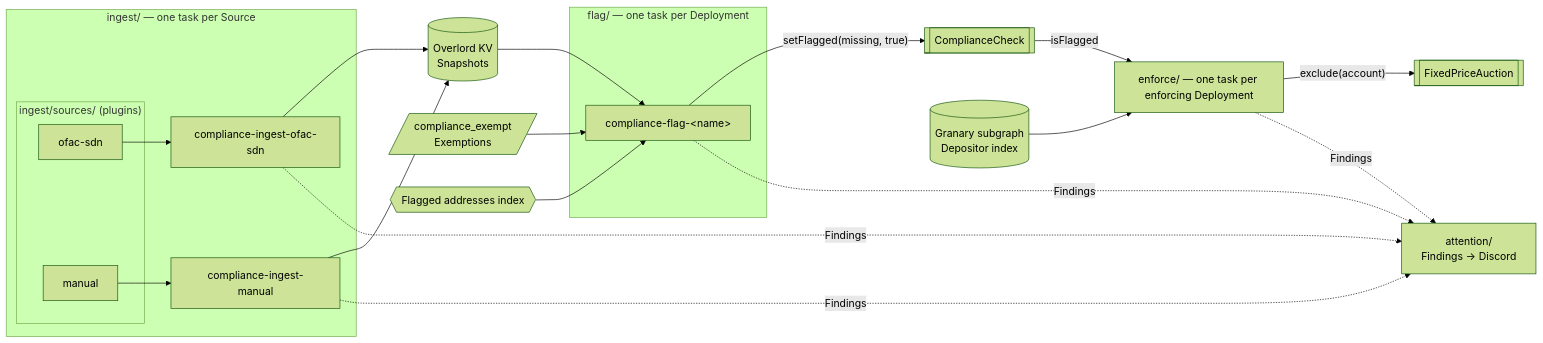
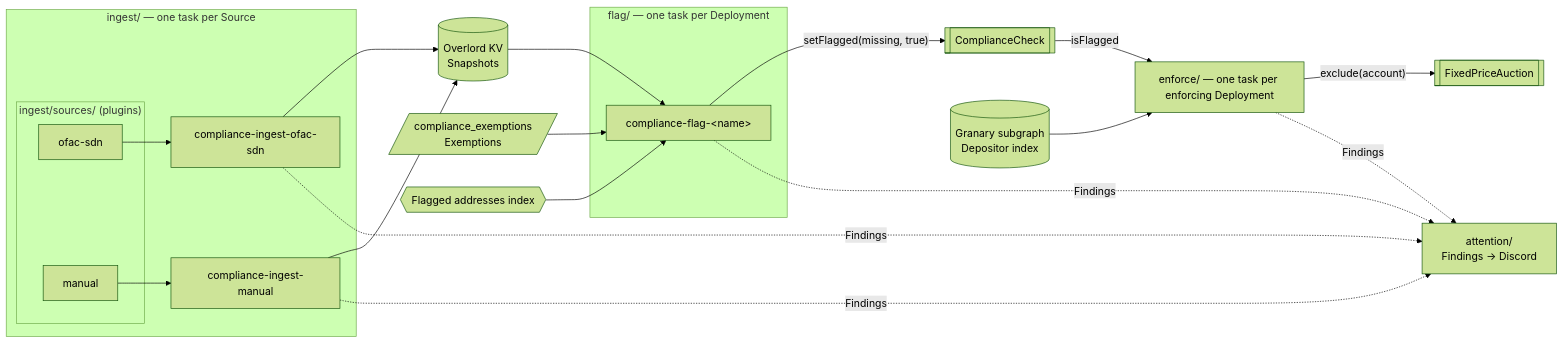
The diagram in apps/automation/automation-v2/src/tasks/compliance/README.md (TempleDAO/temple), drawn with Mermaid (forest theme) before and after one commit. The commit also changed other lines of this file and 9 other files, not shown here.

First line of the commit message:
fix(compliance): rename compliance_exempt to compliance_exemptions

````diff
--- a/apps/automation/automation-v2/src/tasks/compliance/README.md
+++ b/apps/automation/automation-v2/src/tasks/compliance/README.md
@@ -36,32 +36,32 @@
 ```mermaid
 flowchart LR
   subgraph Ingest["ingest/ — one task per Source"]
     subgraph Sources["ingest/sources/ (plugins)"]
       OFAC[ofac-sdn]
       MAN[manual]
     end
     I1[compliance-ingest-ofac-sdn]
     I2[compliance-ingest-manual]
   end
   KV[(Overlord KV<br/>Snapshots)]
-  EX[/compliance_exempt<br/>Exemptions/]
+  EX[/compliance_exemptions<br/>Exemptions/]
   subgraph Flag["flag/ — one task per Deployment"]
     S1[compliance-flag-&lt;name&gt;]
   end
   CC[[ComplianceCheck]]
   FI{{Flagged addresses index}}
   ENF["enforce/ — one task per enforcing Deployment"]
   GS[(Granary subgraph<br/>Depositor index)]
   ATT[attention/<br/>Findings → Discord]
 
   OFAC --> I1 --> KV
   MAN --> I2 --> KV
   KV --> S1 -- "setFlagged(missing, true)" --> CC
   EX --> S1
   FI --> S1
   CC -- isFlagged --> ENF
   GS --> ENF
   ENF -- "exclude(account)" --> AU[[FixedPriceAuction]]
   I1 & I2 & S1 -.Findings.-> ATT
   ENF -.Findings.-> ATT
 ```
````
